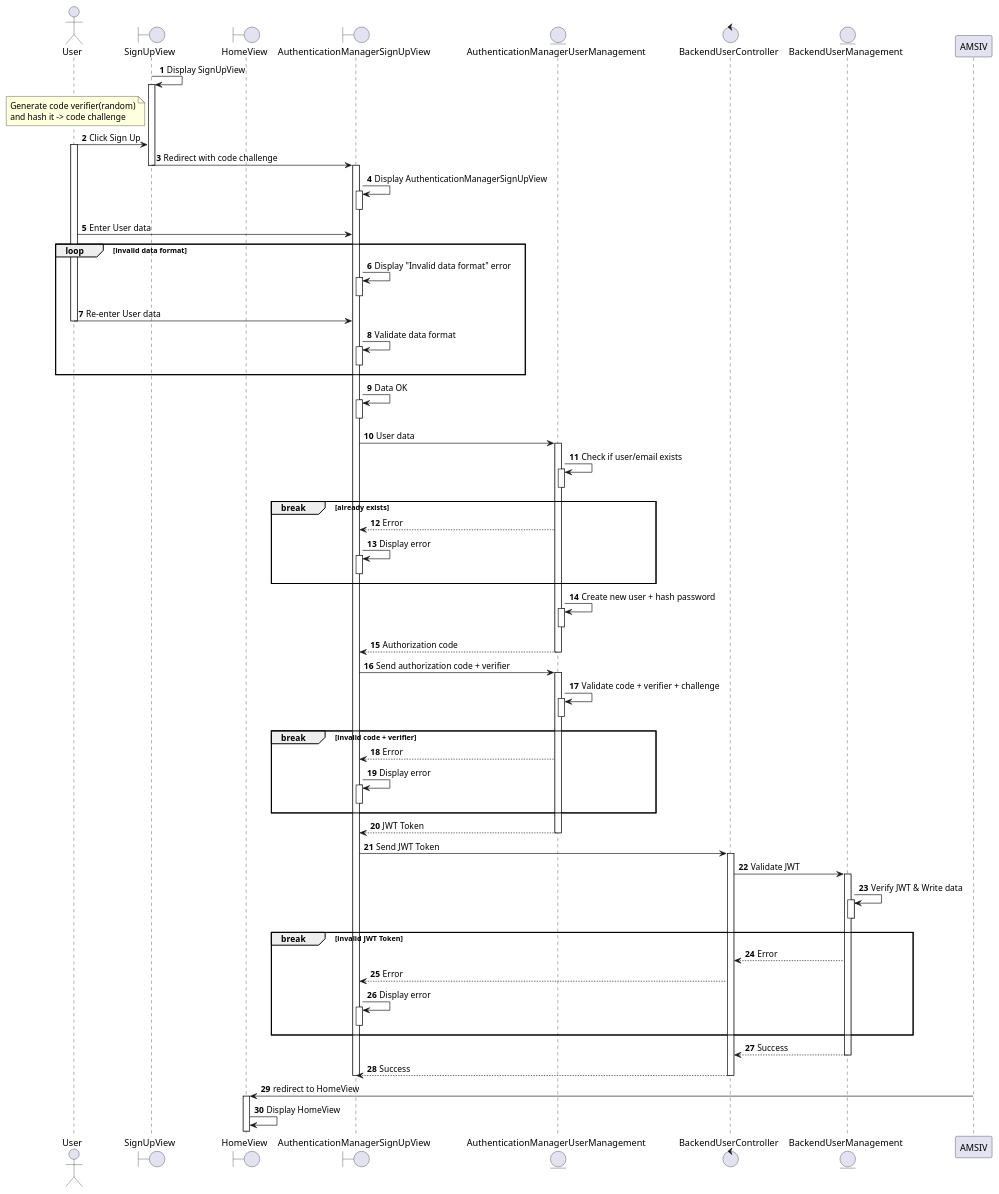
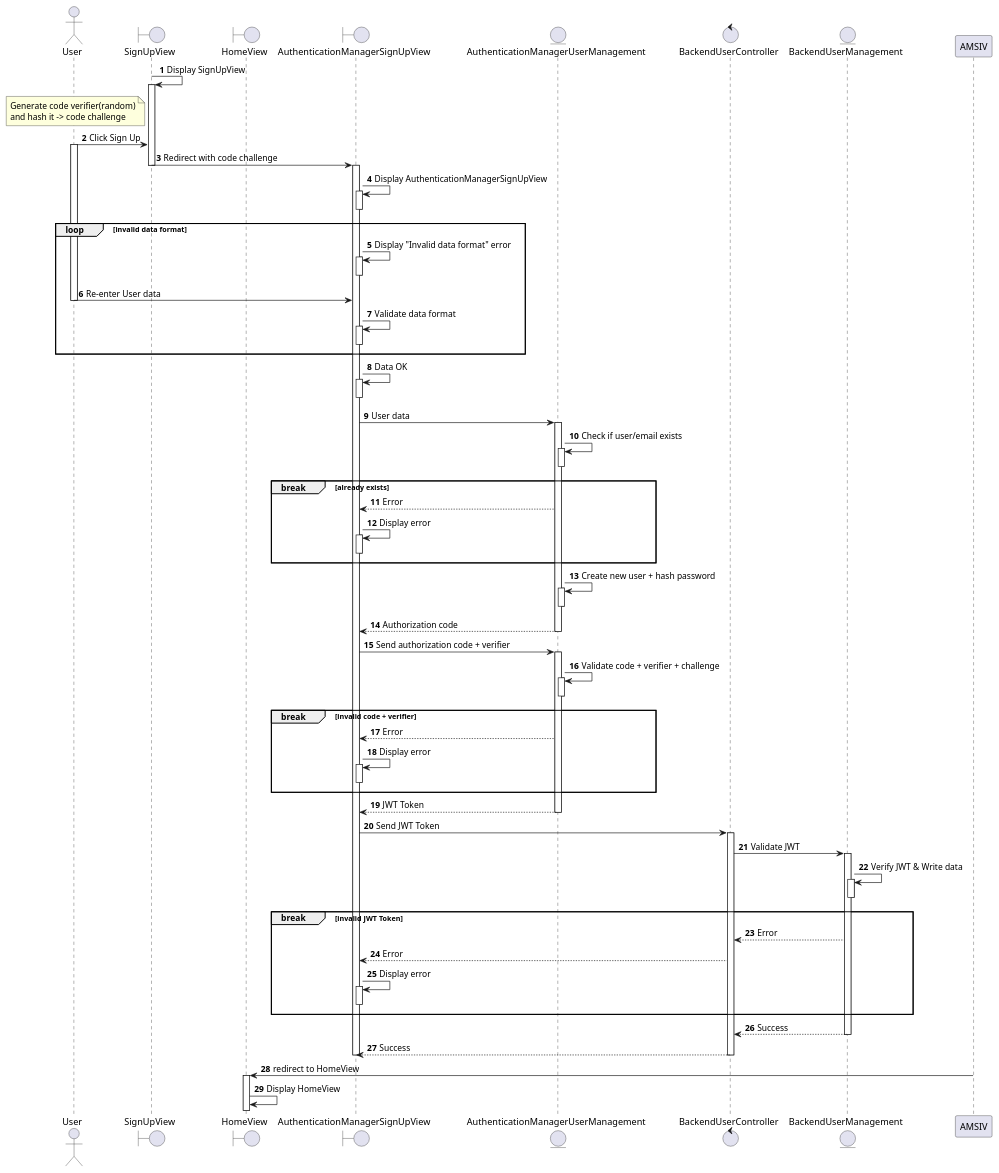
Before and after one commit to electricilies/electricilies.github.io: the diagram in docs/docs/sequence/auth/sign-up.md, drawn with PlantUML. The commit also changed 1 other file, not shown here.

Commit message:
fix(sign-up,sign-in): hehe boiz

```diff
--- a/docs/docs/sequence/auth/sign-up.md
+++ b/docs/docs/sequence/auth/sign-up.md
@@ -24,7 +24,6 @@
 AMSUV -> AMSUV: Display AuthenticationManagerSignUpView
 activate AMSUV
 deactivate AMSUV
-  U -> AMSUV: Enter User data
 
 loop invalid data format
   AMSUV -> AMSUV: Display "Invalid data format" error
```
